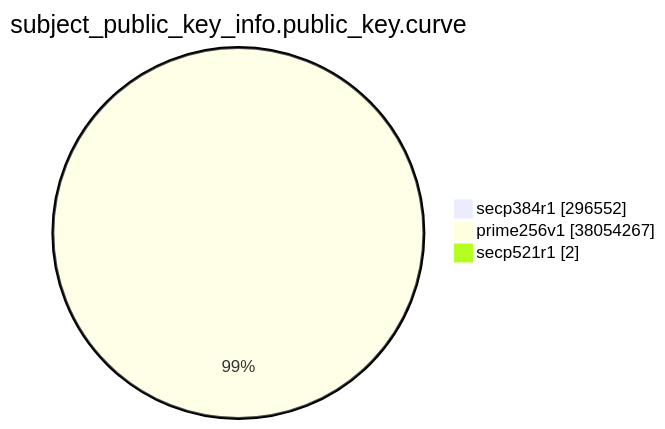
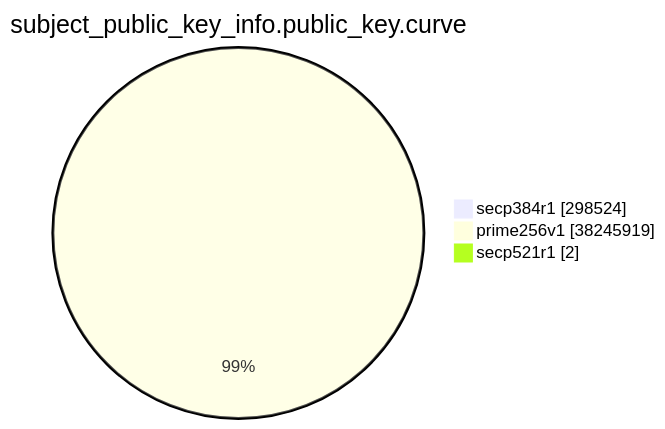
The eighth of 15 diagrams in xenon2023/README.md (christiankrug/ctmonitor_visualization), drawn with Mermaid before and after one commit. The commit also changed other lines of this file, not shown here.

````diff
--- a/xenon2023/README.md
+++ b/xenon2023/README.md
@@ -2164,7 +2165,7 @@
 ```mermaid
 pie showData
 title subject_public_key_info.public_key.curve
-"secp384r1" :296552
-"prime256v1" :38054267
+"secp384r1" :298524
+"prime256v1" :38245919
 "secp521r1" :2
 ```
````
